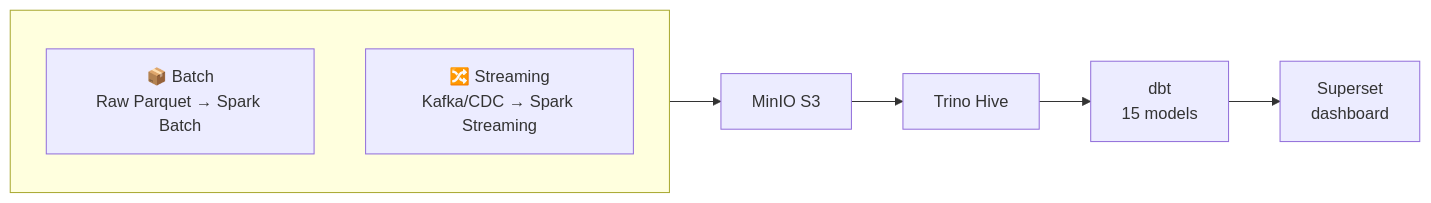
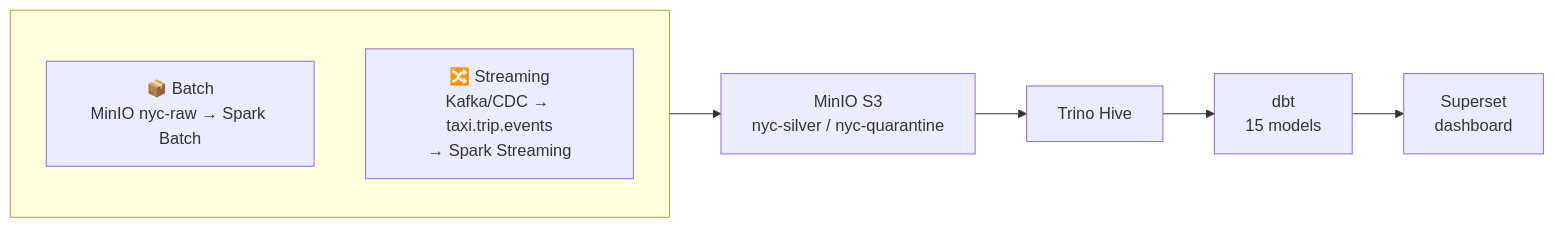
Before and after one commit to DawieMalmsteel/nyc_new: the first of 6 diagrams in GUIDE.md, drawn with Mermaid. The commit also changed other lines of this file, not shown here.

First line of the commit message:
Rewrite GUIDE.md mermaid diagrams for accuracy

````diff
--- a/GUIDE.md
+++ b/GUIDE.md
@@ -8,11 +8,11 @@
 ```mermaid
 flowchart LR
     subgraph Ingest[" "]
-        Batch["📦 Batch<br/>Raw Parquet → Spark Batch"]
-        Stream["🔀 Streaming<br/>Kafka/CDC → Spark Streaming"]
+        Batch["📦 Batch<br/>MinIO nyc-raw → Spark Batch"]
+        Stream["🔀 Streaming<br/>Kafka/CDC → taxi.trip.events<br/>→ Spark Streaming"]
     end
-    Ingest --> Minio[MinIO S3]
+    Ingest --> Minio[MinIO S3<br/>nyc-silver / nyc-quarantine]
     Minio --> Trino[Trino Hive]
     Trino --> Dbt[dbt<br/>15 models]
     Dbt --> Superset[Superset<br/>dashboard]
 ```
````
